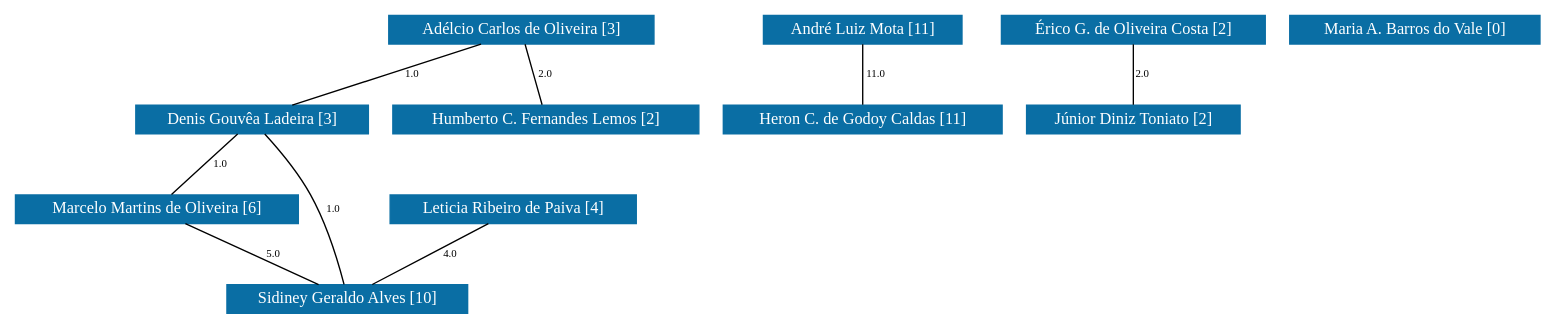
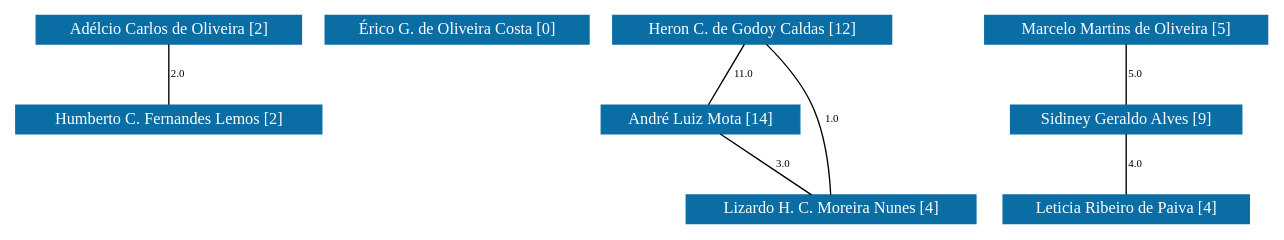
Before and after one commit to icamps/unifal-lattes.github.io: the diagram in PPGF-UFSJ/grafoDeColaboracoesComPesos.dot, drawn with Graphviz. The commit also changed 846 other files, not shown here.

```diff
--- a/PPGF-UFSJ/grafoDeColaboracoesComPesos.dot
+++ b/PPGF-UFSJ/grafoDeColaboracoesComPesos.dot
@@ -1,120 +1,98 @@
 strict graph grafo2 {
-	graph [bb="0,0,931.5,219",
+	graph [bb="0,0,724.5,153",
 		id=grafo2,
 		overlap=False
 	];
 	node [fontsize=12,
 		label="\N",
 		shape=rectangle,
 		style=filled
 	];
 	0	 [URL="membro-0487113229071944.html",
 		color="#0A6EA4",
 		fontcolor="#FFFFFF",
 		height=0.29167,
-		label="Adélcio Carlos de Oliveira [3]",
-		pos="306.5,208.5",
+		label="Adélcio Carlos de Oliveira [2]",
+		pos="92,142.5",
 		width=2.1944];
-	2	 [URL="membro-6110042881038336.html",
-		color="#0A6EA4",
-		fontcolor="#FFFFFF",
-		height=0.29167,
-		label="Denis Gouvêa Ladeira [3]",
-		pos="142.5,142.5",
-		width=1.9444];
-	0 -- 2	 [fontsize=8,
-		label=1.0,
-		lp="239.5,175.5",
-		pos="280.15,197.9 249.55,185.58 199.36,165.38 168.78,153.08"];
-	5	 [URL="membro-8374281747074655.html",
+	3	 [URL="membro-8374281747074655.html",
 		color="#0A6EA4",
 		fontcolor="#FFFFFF",
 		height=0.29167,
 		label="Humberto C. Fernandes Lemos [2]",
-		pos="322.5,142.5",
+		pos="92,76.5",
 		width=2.5556];
-	0 -- 5	 [fontsize=8,
+	0 -- 3	 [fontsize=8,
 		label=2.0,
-		lp="320.5,175.5",
-		pos="309.07,197.9 312.04,185.65 316.89,165.62 319.88,153.3"];
-	8	 [URL="membro-2091568617999217.html",
+		lp="97,109.5",
+		pos="92,131.9 92,119.65 92,99.622 92,87.297"];
+	1	 [URL="membro-4937965723746020.html",
 		color="#0A6EA4",
 		fontcolor="#FFFFFF",
 		height=0.29167,
-		label="Marcelo Martins de Oliveira [6]",
-		pos="83.5,76.5",
-		width=2.3194];
-	2 -- 8	 [fontsize=8,
-		label=1.0,
-		lp="122.5,109.5",
-		pos="133.02,131.9 122.08,119.65 104.17,99.622 93.152,87.297"];
-	10	 [URL="membro-4536440727635518.html",
+		label="Érico G. de Oliveira Costa [0]",
+		pos="269,142.5",
+		width=2.2222];
+	2	 [URL="membro-1373657423991547.html",
 		color="#0A6EA4",
 		fontcolor="#FFFFFF",
 		height=0.29167,
-		label="Sidiney Geraldo Alves [10]",
-		pos="202.5,10.5",
-		width=2.0278];
-	2 -- 10	 [fontsize=8,
-		label=1.0,
-		lp="189.5,76.5",
-		pos="149.73,131.79 156.91,120.86 167.9,103.24 175.5,87 186.13,64.295 195.03,36.18 199.47,21.154"];
-	8 -- 10	 [fontsize=8,
-		label=5.0,
-		lp="155.5,43.5",
-		pos="102.62,65.896 124.83,53.58 161.24,33.383 183.43,21.078"];
-	1	 [URL="membro-8453016139576761.html",
+		label="Heron C. de Godoy Caldas [12]",
+		pos="451,142.5",
+		width=2.3333];
+	6	 [URL="membro-8453016139576761.html",
 		color="#0A6EA4",
 		fontcolor="#FFFFFF",
 		height=0.29167,
-		label="André Luiz Mota [11]",
-		pos="516.5,208.5",
+		label="André Luiz Mota [14]",
+		pos="413,76.5",
 		width=1.6944];
-	4	 [URL="membro-1373657423991547.html",
+	2 -- 6	 [fontsize=8,
+		label=11.0,
+		lp="440.5,109.5",
+		pos="444.89,131.9 437.85,119.65 426.31,99.622 419.22,87.297"];
+	8	 [URL="membro-9320579515635433.html",
 		color="#0A6EA4",
 		fontcolor="#FFFFFF",
 		height=0.29167,
-		label="Heron C. de Godoy Caldas [11]",
-		pos="516.5,142.5",
-		width=2.3333];
-	1 -- 4	 [fontsize=8,
-		label=11.0,
-		lp="523,175.5",
-		pos="516.5,197.9 516.5,185.65 516.5,165.62 516.5,153.3"];
-	3	 [URL="membro-4937965723746020.html",
+		label="Lizardo H. C. Moreira Nunes [4]",
+		pos="459,10.5",
+		width=2.4028];
+	2 -- 8	 [fontsize=8,
+		label=1.0,
+		lp="489,76.5",
+		pos="459.48,131.79 467.33,121.14 478.46,103.98 483,87 489.33,63.335 475.61,36.051 466.42,21.31"];
+	6 -- 8	 [fontsize=8,
+		label=3.0,
+		lp="443,43.5",
+		pos="420.39,65.896 428.92,53.653 442.88,33.622 451.47,21.297"];
+	4	 [URL="membro-2091568617999217.html",
 		color="#0A6EA4",
 		fontcolor="#FFFFFF",
 		height=0.29167,
-		label="Érico G. de Oliveira Costa [2]",
-		pos="683.5,208.5",
-		width=2.2222];
-	6	 [URL="membro-5354129714719077.html",
+		label="Marcelo Martins de Oliveira [5]",
+		pos="641,142.5",
+		width=2.3194];
+	5	 [URL="membro-4536440727635518.html",
 		color="#0A6EA4",
 		fontcolor="#FFFFFF",
 		height=0.29167,
-		label="Júnior Diniz Toniato [2]",
-		pos="683.5,142.5",
-		width=1.8056];
-	3 -- 6	 [fontsize=8,
-		label=2.0,
-		lp="688.5,175.5",
-		pos="683.5,197.9 683.5,185.65 683.5,165.62 683.5,153.3"];
+		label="Sidiney Geraldo Alves [9]",
+		pos="641,76.5",
+		width=1.9444];
+	4 -- 5	 [fontsize=8,
+		label=5.0,
+		lp="646,109.5",
+		pos="641,131.9 641,119.65 641,99.622 641,87.297"];
 	7	 [URL="membro-9428416479663144.html",
 		color="#0A6EA4",
 		fontcolor="#FFFFFF",
 		height=0.29167,
 		label="Leticia Ribeiro de Paiva [4]",
-		pos="304.5,76.5",
+		pos="641,10.5",
 		width=2.0417];
-	7 -- 10	 [fontsize=8,
+	5 -- 7	 [fontsize=8,
 		label=4.0,
-		lp="265.5,43.5",
-		pos="288.11,65.896 269.08,53.58 237.86,33.383 218.85,21.078"];
-	9	 [URL="membro-1514453602141346.html",
-		color="#0A6EA4",
-		fontcolor="#FFFFFF",
-		height=0.29167,
-		label="Maria A. Barros do Vale [0]",
-		pos="856.5,208.5",
-		width=2.0833];
+		lp="646,43.5",
+		pos="641,65.896 641,53.653 641,33.622 641,21.297"];
 }
```
